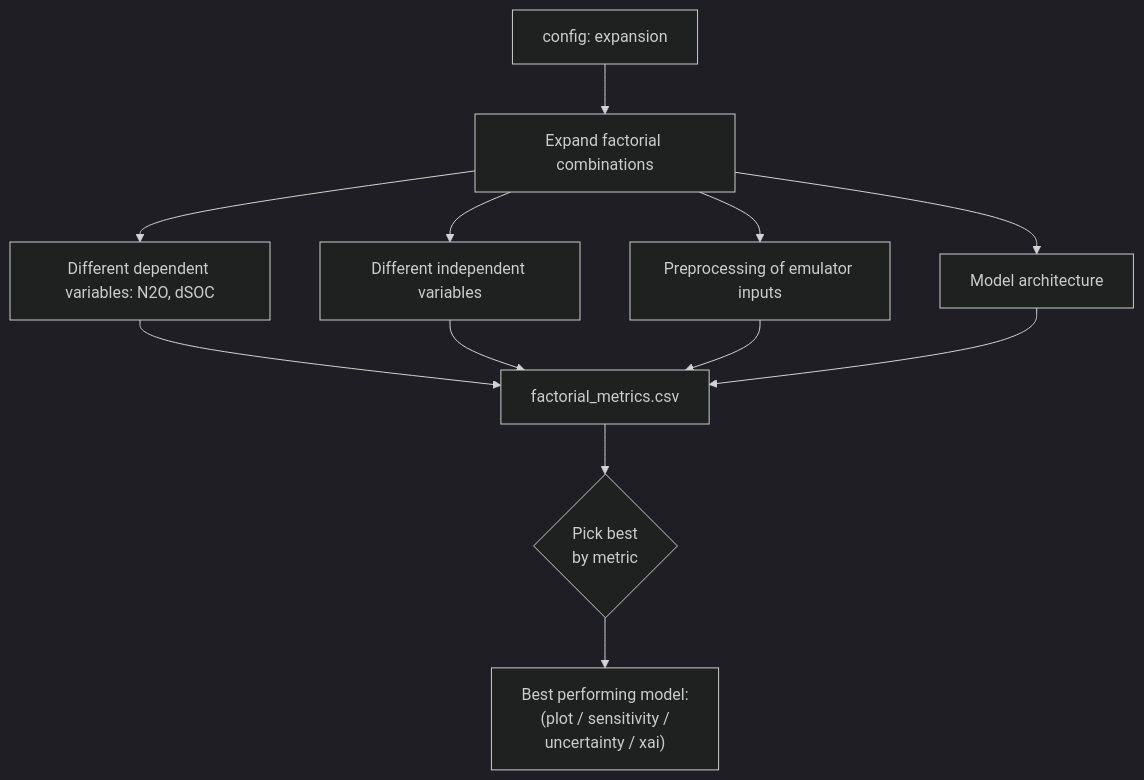
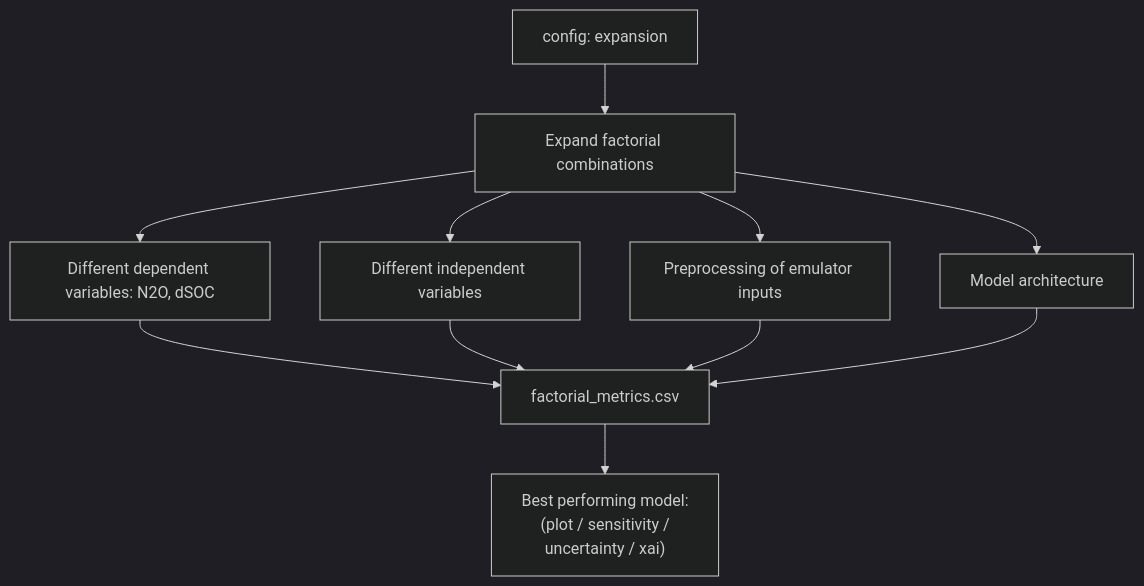
One commit to TBreure/DayCent_emulator changed the fourth of 5 diagrams in flowcharts.md. Above: the diagram before and after it, drawn with Mermaid (dark theme).

````diff
--- a/flowcharts.md
+++ b/flowcharts.md
@@ -66,11 +66,10 @@
 ```mermaid
 flowchart TD
     CFG[config: expansion] --> EX["Expand factorial combinations"]
     EX --> C1[Different dependent variables: N2O, dSOC]
     EX --> C2[Different independent variables]
     EX --> C3[Preprocessing of emulator inputs]
     EX --> C4[Model architecture]
     C1 & C2 & C3 & C4 --> MET[factorial_metrics.csv]
-    MET --> BEST{"Pick best<br/>by metric"}
-    BEST --> DOWN["Best performing model:<br/>(plot / sensitivity /<br/>uncertainty / xai)"]
+    MET --> DOWN["Best performing model:<br/>(plot / sensitivity /<br/>uncertainty / xai)"]
 ```
````
